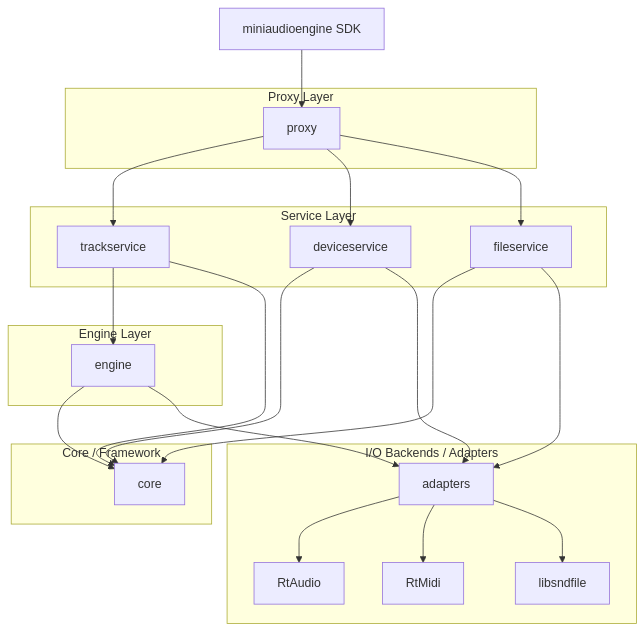
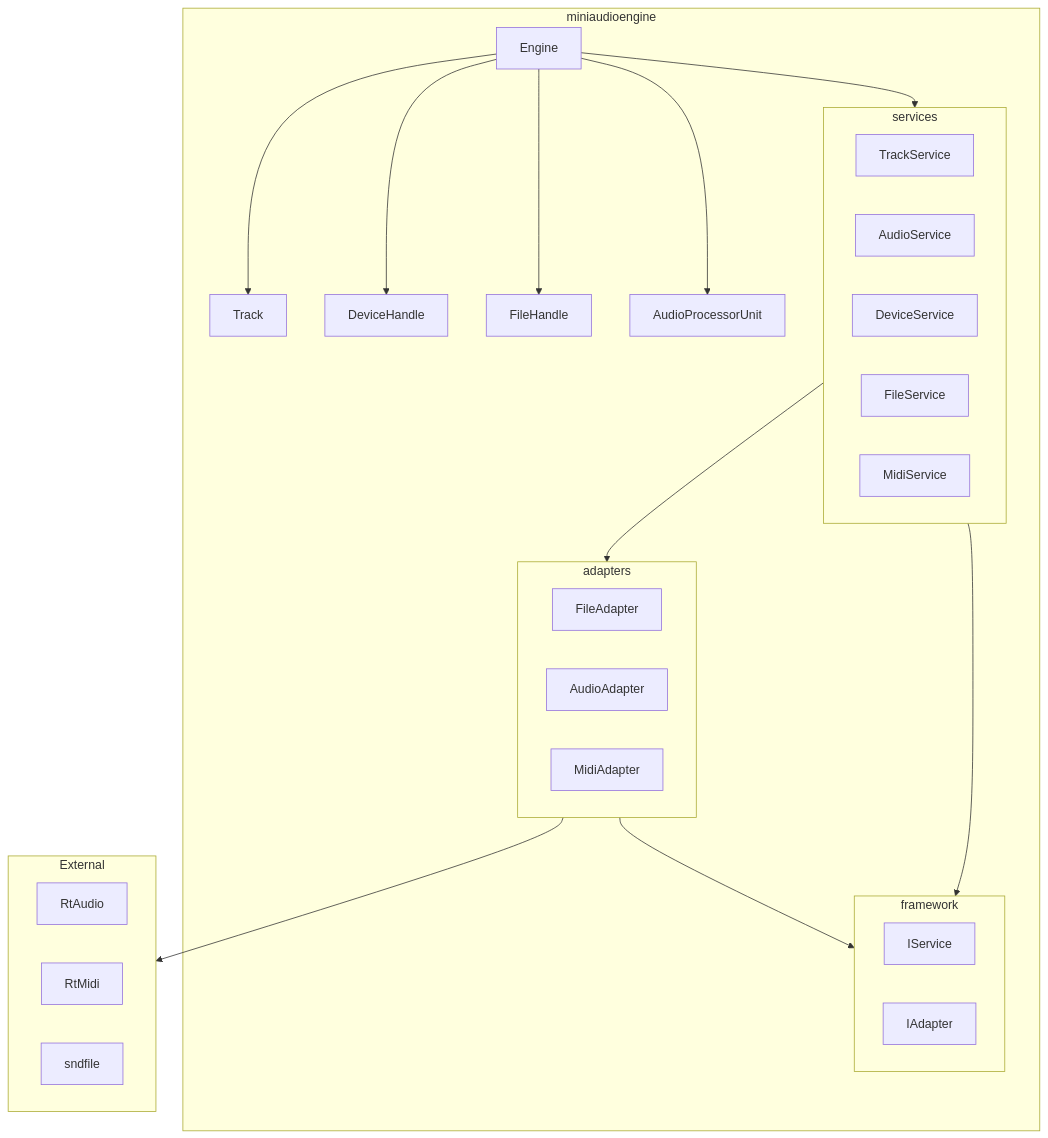
Diagram 19 of 31 in docs/DESIGN_DOC.md (aidan-clyens/miniaudioengine), drawn with Mermaid before and after one commit. The commit also changed other lines of this file and 2 other files, not shown here.

Commit message:
Update design doc

````diff
--- a/docs/DESIGN_DOC.md
+++ b/docs/DESIGN_DOC.md
@@ -702,51 +693,47 @@
 ```mermaid
 graph TD
-    SDK["miniaudioengine SDK"]
+    subgraph miniaudioengine
 
-    subgraph ProxyLayer["Proxy Layer"]
-        Proxy["proxy"]
+        Engine
+        Track
+        DeviceHandle
+        FileHandle
+        AudioProcessorUnit
+
+        subgraph framework
+            IService
+            IAdapter
+        end
+
+        subgraph services
+            TrackService
+            AudioService
+            DeviceService
+            FileService
+            MidiService
+        end
+
+        subgraph adapters
+            FileAdapter
+            AudioAdapter
+            MidiAdapter
+        end
+
     end
 
-    subgraph Services["Service Layer"]
-        TrackService["trackservice"]
-        DeviceService["deviceservice"]
-        FileService["fileservice"]
+    subgraph External
+        RtAudio
+        RtMidi
+        sndfile
     end
 
-    subgraph Runtime["Engine Layer"]
-        Engine["engine"]
-    end
-
-    subgraph Foundation["Core / Framework"]
-        Core["core"]
-    end
-
-    subgraph Backends["I/O Backends / Adapters"]
-        Adapters["adapters"]
-        RtAudio["RtAudio"]
-        RtMidi["RtMidi"]
-        SndFile["libsndfile"]
-    end
-
-    SDK --> Proxy
-
-    Proxy --> TrackService
-    Proxy --> DeviceService
-    Proxy --> FileService
-
-    TrackService --> Engine
-    TrackService --> Core
-
-    DeviceService --> Core
-    DeviceService --> Adapters
-
-    FileService --> Core
-    FileService --> Adapters
-
-    Engine --> Core
-    Engine --> Adapters
-
-    Adapters --> RtAudio
-    Adapters --> RtMidi
-    Adapters --> SndFile
+    Engine --> services
+    Engine --> Track
+    Engine --> DeviceHandle
+    Engine --> FileHandle
+    Engine --> AudioProcessorUnit
+    services --> adapters
+    adapters --> External
+    services --> framework
+    adapters --> framework
 ```
````
